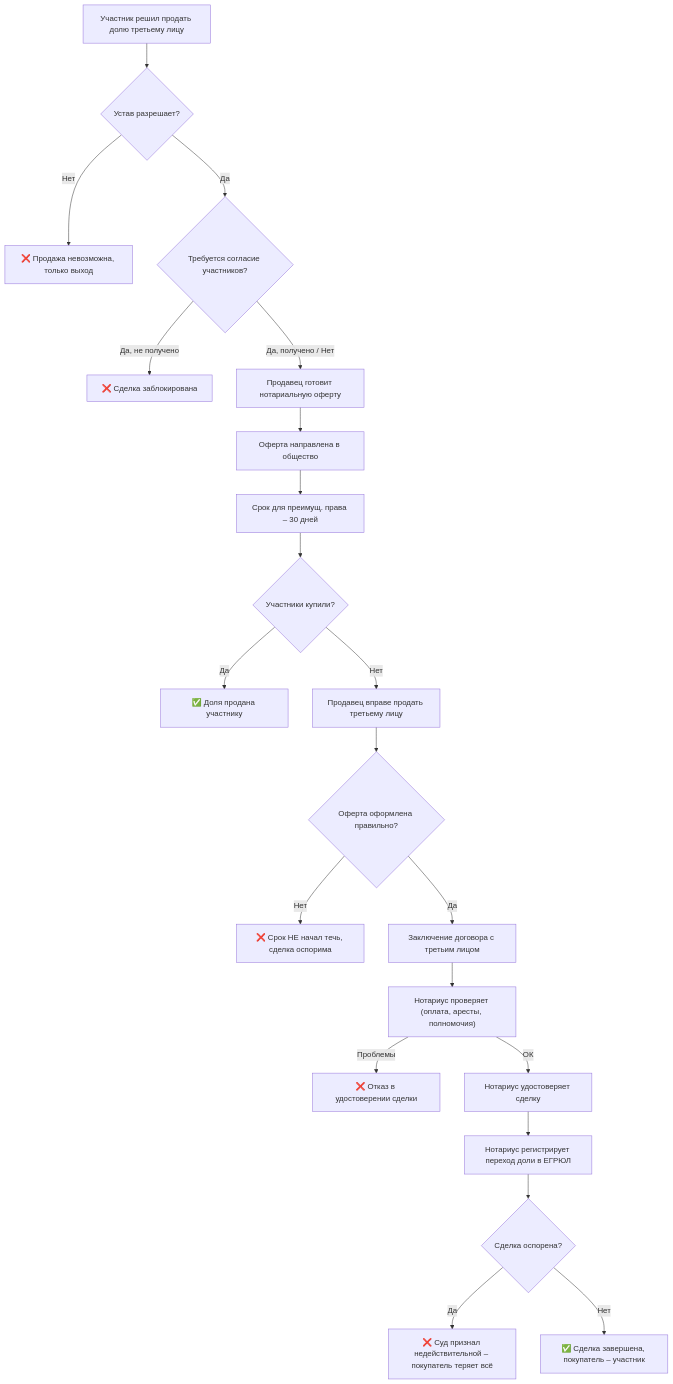
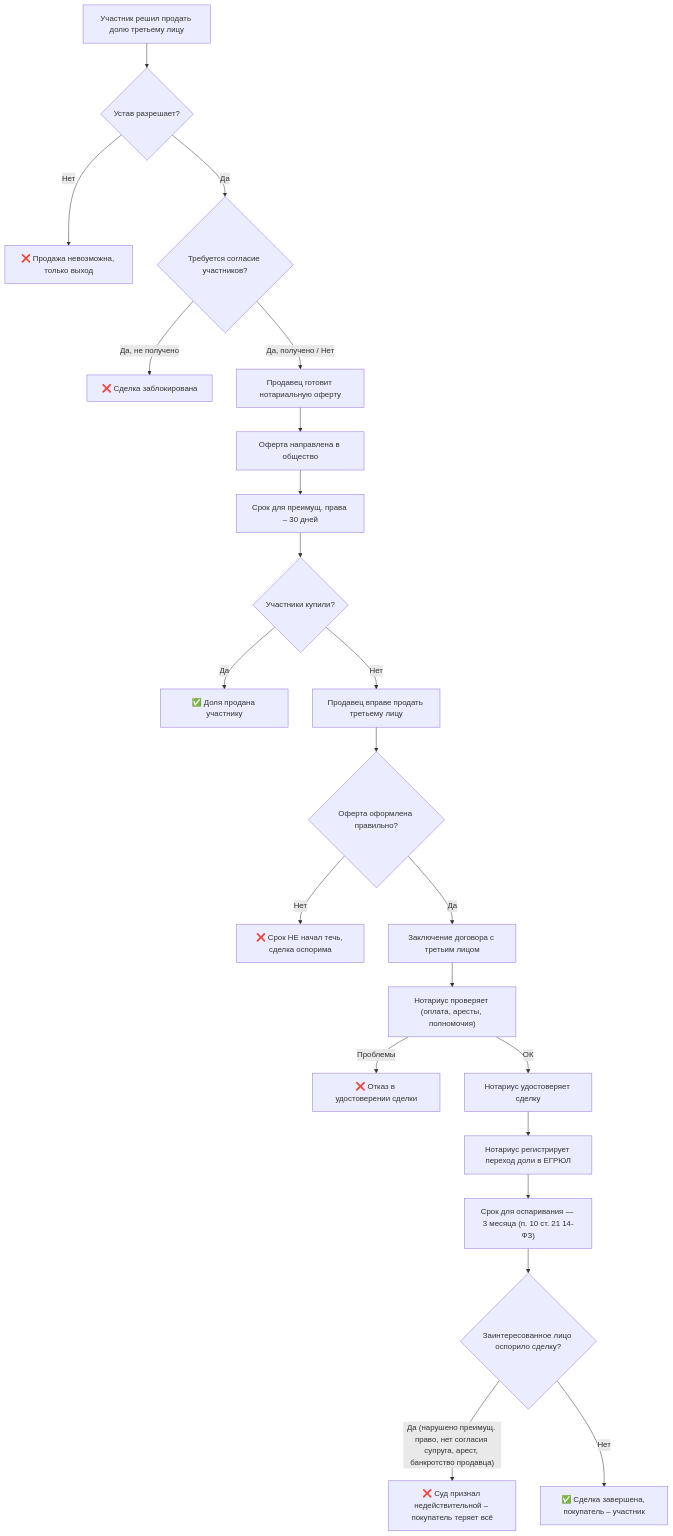
Before and after one commit to arsenyuk/SamorodinkaTech.Fiducia: the second of 4 diagrams in docs/business-processes/llc-share-purchase-sale.md, drawn with Mermaid. The commit also changed other lines of this file, not shown here.

Commit message:
docs(llc): добавить узел 3-месячного срока и заинтересованного лица в ветку оспаривания сделки

````diff
--- a/docs/business-processes/llc-share-purchase-sale.md
+++ b/docs/business-processes/llc-share-purchase-sale.md
@@ -166,23 +166,24 @@
 ```mermaid
 flowchart TD
     A["Участник решил продать долю третьему лицу"] --> B{Устав разрешает?}
     B -->|Нет| C["❌ Продажа невозможна, только выход"]
     B -->|Да| D{Требуется согласие участников?}
     D -->|"Да, не получено"| E["❌ Сделка заблокирована"]
     D -->|"Да, получено / Нет"| F["Продавец готовит нотариальную оферту"]
     F --> G["Оферта направлена в общество"]
     G --> H["Срок для преимущ. права – 30 дней"]
     H --> I{Участники купили?}
     I -->|Да| J["✅ Доля продана участнику"]
     I -->|Нет| K["Продавец вправе продать третьему лицу"]
     K --> L{Оферта оформлена правильно?}
     L -->|Нет| M["❌ Срок НЕ начал течь, сделка оспорима"]
     L -->|Да| N["Заключение договора с третьим лицом"]
     N --> Q["Нотариус проверяет (оплата, аресты, полномочия)"]
     Q -->|Проблемы| R["❌ Отказ в удостоверении сделки"]
     Q -->|ОК| S["Нотариус удостоверяет сделку"]
     S --> T["Нотариус регистрирует переход доли в ЕГРЮЛ"]
-    T --> U{Сделка оспорена?}
-    U -->|Да| V["❌ Суд признал недействительной – покупатель теряет всё"]
-    U -->|Нет| W["✅ Сделка завершена, покупатель – участник"]
+    T --> U["Срок для оспаривания — 3 месяца (п. 10 ст. 21 14-ФЗ)"]
+    U --> V{Заинтересованное лицо оспорило сделку?}
+    V -->|"Да (нарушено преимущ. право, нет согласия супруга, арест, банкротство продавца)"| W["❌ Суд признал недействительной – покупатель теряет всё"]
+    V -->|Нет| X["✅ Сделка завершена, покупатель – участник"]
 ```
````
